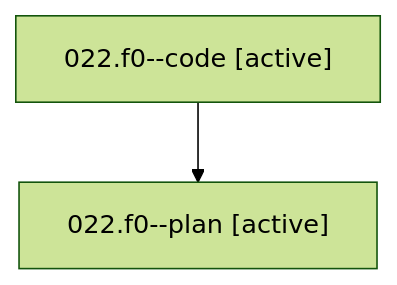
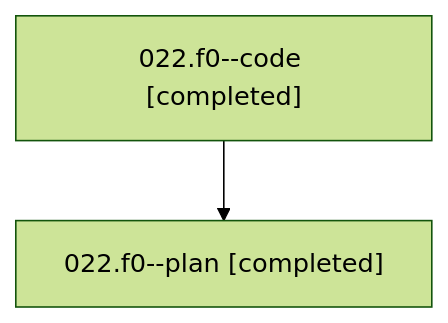
Before and after one commit to bobs-org/bob-cli--agents: the diagram in families/bbugyi200.athena.022.f0.md, drawn with Mermaid (forest theme). The commit also changed other lines of this file and 34 other files, not shown here.

````diff
--- a/families/bbugyi200.athena.022.f0.md
+++ b/families/bbugyi200.athena.022.f0.md
@@ -9,6 +9,6 @@
 ```mermaid
 flowchart TD
-  n0["022.f0--code [active]"]
-  n1["022.f0--plan [active]"]
+  n0["022.f0--code [completed]"]
+  n1["022.f0--plan [completed]"]
   n0 --> n1
 ```
````
